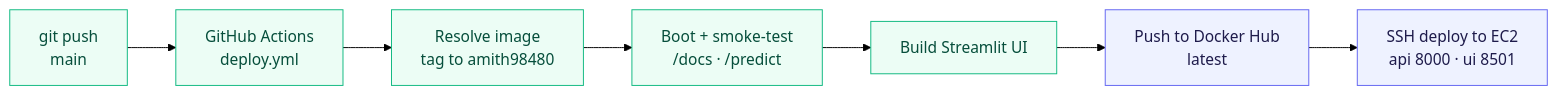
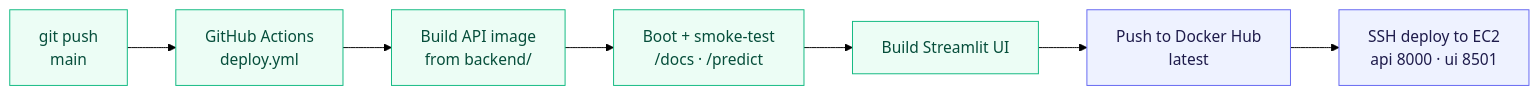
One commit to Amith-Ganta/FastAPI-ML-Docker-AWS changed the third of 3 diagrams in README.md. Above: the diagram before and after it, drawn with Mermaid (forest theme). The commit also changed other lines of this file and 7 other files, not shown here.

First line of the commit message:
docs: align README/docs with build-from-source pipeline and flat API contract

````diff
--- a/README.md
+++ b/README.md
@@ -144,14 +142,14 @@
 ```mermaid
 flowchart LR
     DEV["git push<br/>main"] --> GHA["GitHub Actions<br/>deploy.yml"]
-    GHA --> PULL["Resolve image<br/>tag to amith98480"]
-    PULL --> TEST["Boot + smoke-test<br/>/docs · /predict"]
-    TEST --> BUILD["Build Streamlit UI"]
-    BUILD --> HUB["Push to Docker Hub<br/>latest"]
+    GHA --> BUILD["Build API image<br/>from backend/"]
+    BUILD --> TEST["Boot + smoke-test<br/>/docs · /predict"]
+    TEST --> UI["Build Streamlit UI"]
+    UI --> HUB["Push to Docker Hub<br/>latest"]
     HUB --> EC2["SSH deploy to EC2<br/>api 8000 · ui 8501"]
 
     classDef step fill:#ECFDF5,stroke:#10B981,stroke-width:1px,color:#064E3B;
     classDef ship fill:#EEF2FF,stroke:#6366F1,stroke-width:1px,color:#1E1B4B;
-    class DEV,GHA,PULL,TEST,BUILD step;
+    class DEV,GHA,BUILD,TEST,UI step;
     class HUB,EC2 ship;
 ```
````
